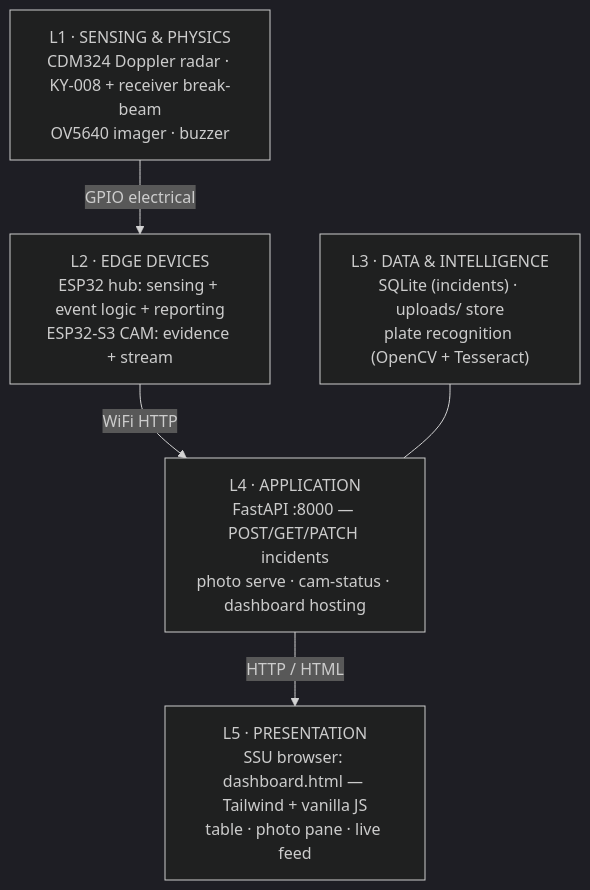
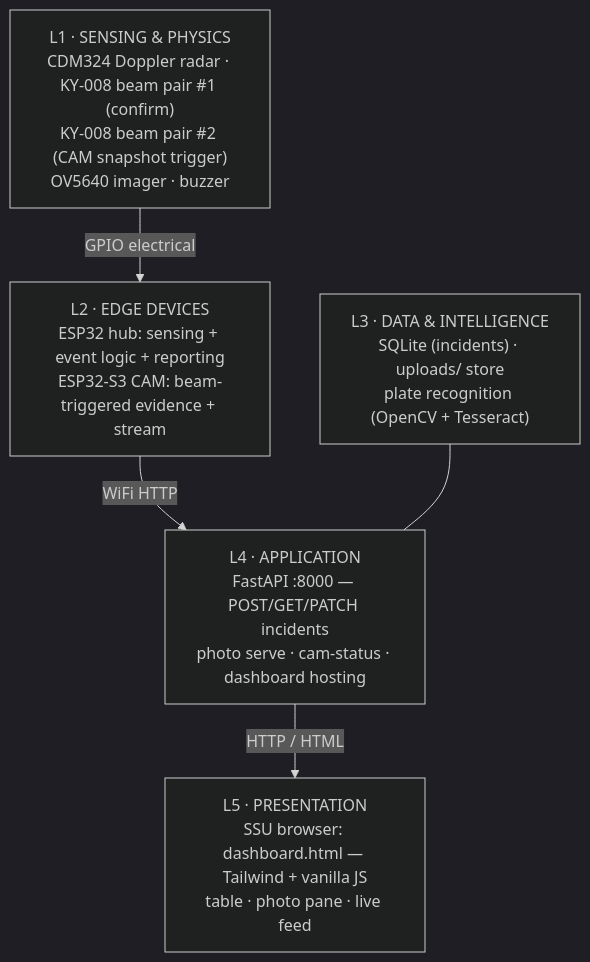
One commit to qppd/safeway changed the first of 3 diagrams in docs/SYSTEM-ARCHITECTURE.md. Above: the diagram before and after it, drawn with Mermaid (dark theme). The commit also changed other lines of this file and 11 other files, not shown here.

First line of the commit message:
Split power: 4 supplies, dual far-post beams, CAM self-trigger

````diff
--- a/docs/SYSTEM-ARCHITECTURE.md
+++ b/docs/SYSTEM-ARCHITECTURE.md
@@ -9,12 +9,12 @@
 ```mermaid
 flowchart TB
     L5["L5 · PRESENTATION<br/>SSU browser: dashboard.html — Tailwind + vanilla JS<br/>table · photo pane · live feed"]
     L4["L4 · APPLICATION<br/>FastAPI :8000 — POST/GET/PATCH incidents<br/>photo serve · cam-status · dashboard hosting"]
     L3["L3 · DATA &amp; INTELLIGENCE<br/>SQLite (incidents) · uploads/ store<br/>plate recognition (OpenCV + Tesseract)"]
-    L2["L2 · EDGE DEVICES<br/>ESP32 hub: sensing + event logic + reporting<br/>ESP32-S3 CAM: evidence + stream"]
-    L1["L1 · SENSING &amp; PHYSICS<br/>CDM324 Doppler radar · KY-008 + receiver break-beam<br/>OV5640 imager · buzzer"]
+    L2["L2 · EDGE DEVICES<br/>ESP32 hub: sensing + event logic + reporting<br/>ESP32-S3 CAM: beam-triggered evidence + stream"]
+    L1["L1 · SENSING &amp; PHYSICS<br/>CDM324 Doppler radar · KY-008 beam pair #1 (confirm)<br/>KY-008 beam pair #2 (CAM snapshot trigger)<br/>OV5640 imager · buzzer"]
     L1 -- "GPIO electrical" --> L2
     L2 -- "WiFi HTTP" --> L4
     L4 -- "HTTP / HTML" --> L5
     L3 --- L4
 ```
````
